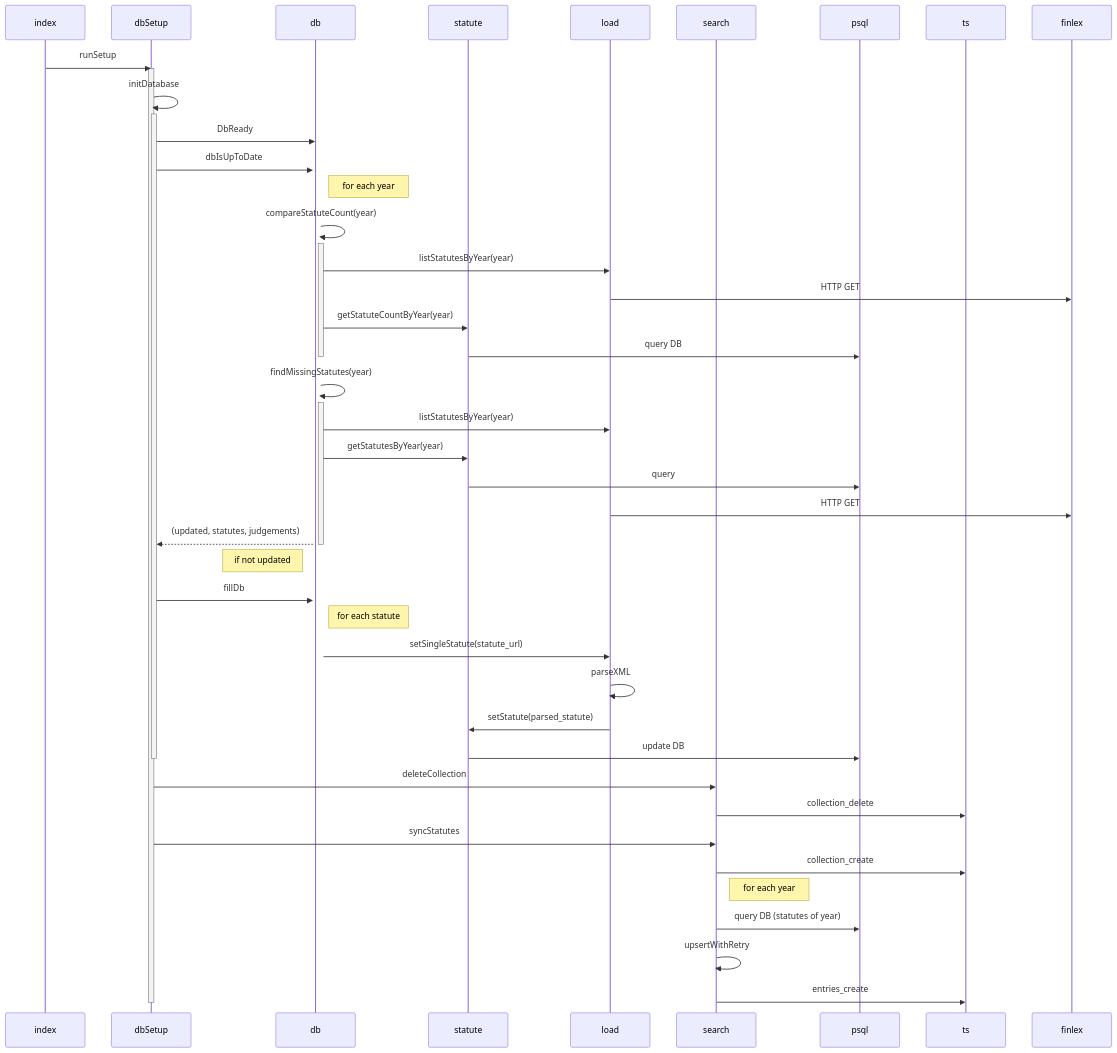
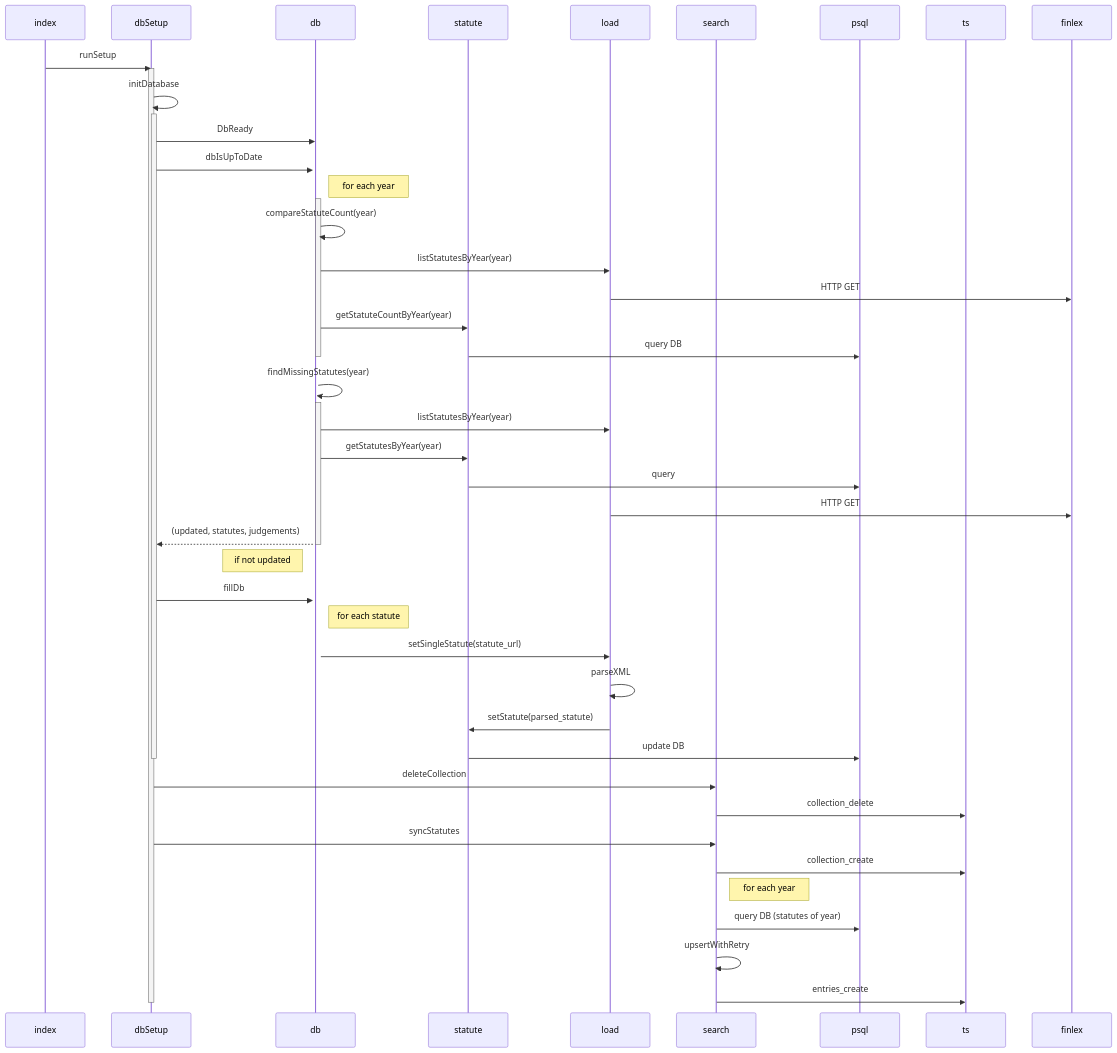
Before and after one commit to UniversityOfHelsinkiCS/finlex: the diagram in README.md, drawn with Mermaid.

````diff
--- a/README.md
+++ b/README.md
@@ -18,54 +18,53 @@
 ```mermaid
 sequenceDiagram
   participant index
   participant dbSetup
   participant db
   participant statute
   participant load
   participant search
   participant psql
   participant ts
   participant finlex
 
   index ->> dbSetup: runSetup
   activate dbSetup
   dbSetup ->> dbSetup: initDatabase
   activate dbSetup
   dbSetup ->> db: DbReady
   dbSetup ->>+ db: dbIsUpToDate
   Note right of db: for each year
   activate db
   db ->> db: compareStatuteCount(year)
-  activate db
-  db ->> load: listStatutesByYear(year)
-  load ->> finlex: HTTP GET
-  db ->> statute: getStatuteCountByYear(year)
-  statute ->> psql: query DB
+    db ->> load: listStatutesByYear(year)
+    load ->> finlex: HTTP GET
+    db ->> statute: getStatuteCountByYear(year)
+    statute ->> psql: query DB
   deactivate db
   db ->> db: findMissingStatutes(year)
   activate db
   db ->> load : listStatutesByYear(year)
   db ->> statute: getStatutesByYear(year)
   statute ->> psql: query
   load ->> finlex: HTTP GET
   db -->> dbSetup: (updated, statutes, judgements)
   deactivate db
   Note left of db: if not updated
   dbSetup ->> db: fillDb
   activate db
   Note right of db: for each statute
   db ->> load: setSingleStatute(statute_url)
   load ->> load: parseXML
   load ->> statute: setStatute(parsed_statute)
   statute ->> psql: update DB
   deactivate dbSetup
   dbSetup ->> search: deleteCollection
   search ->> ts: collection_delete
   dbSetup ->> search: syncStatutes
   search ->> ts: collection_create
   Note right of search: for each year
   search ->> psql: query DB (statutes of year)
   search ->> search: upsertWithRetry
   search ->> ts: entries_create
   deactivate dbSetup
 ```
````
